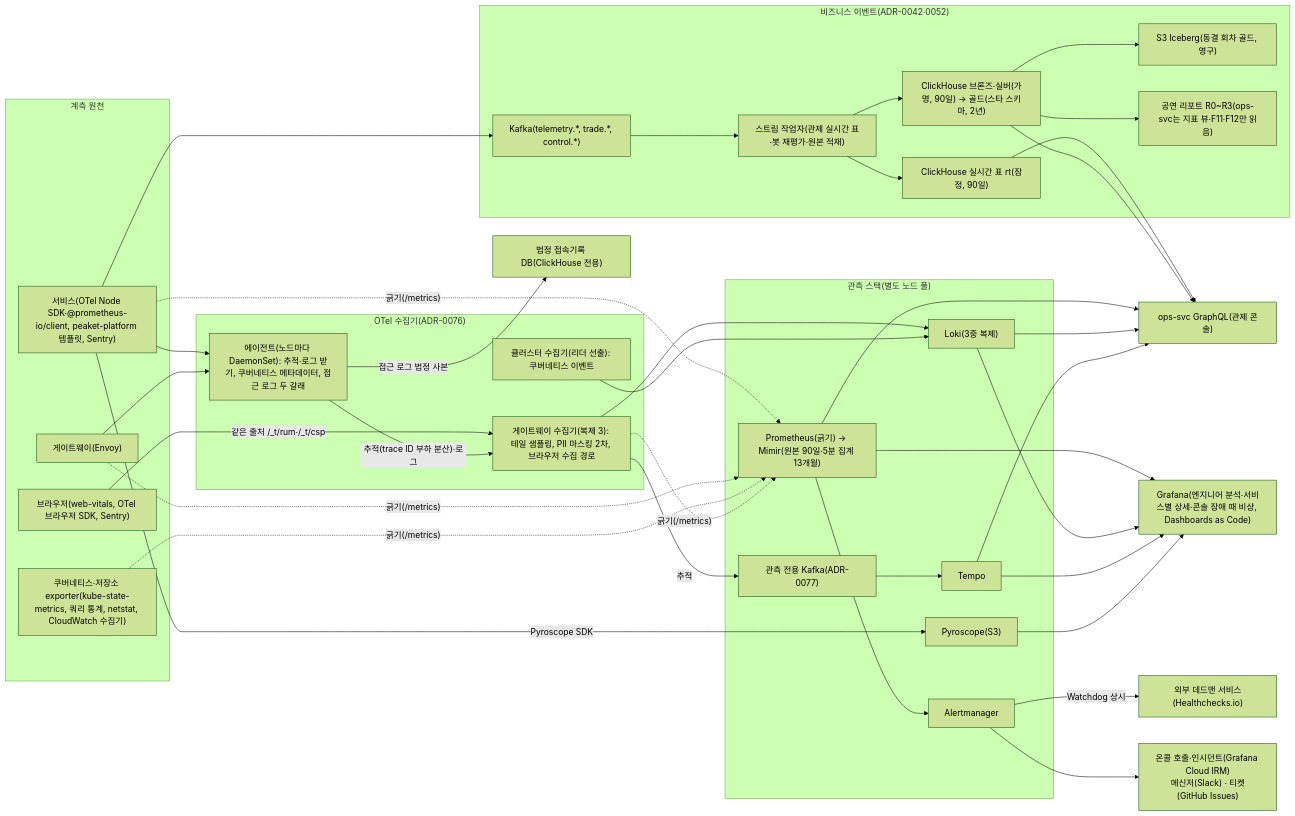
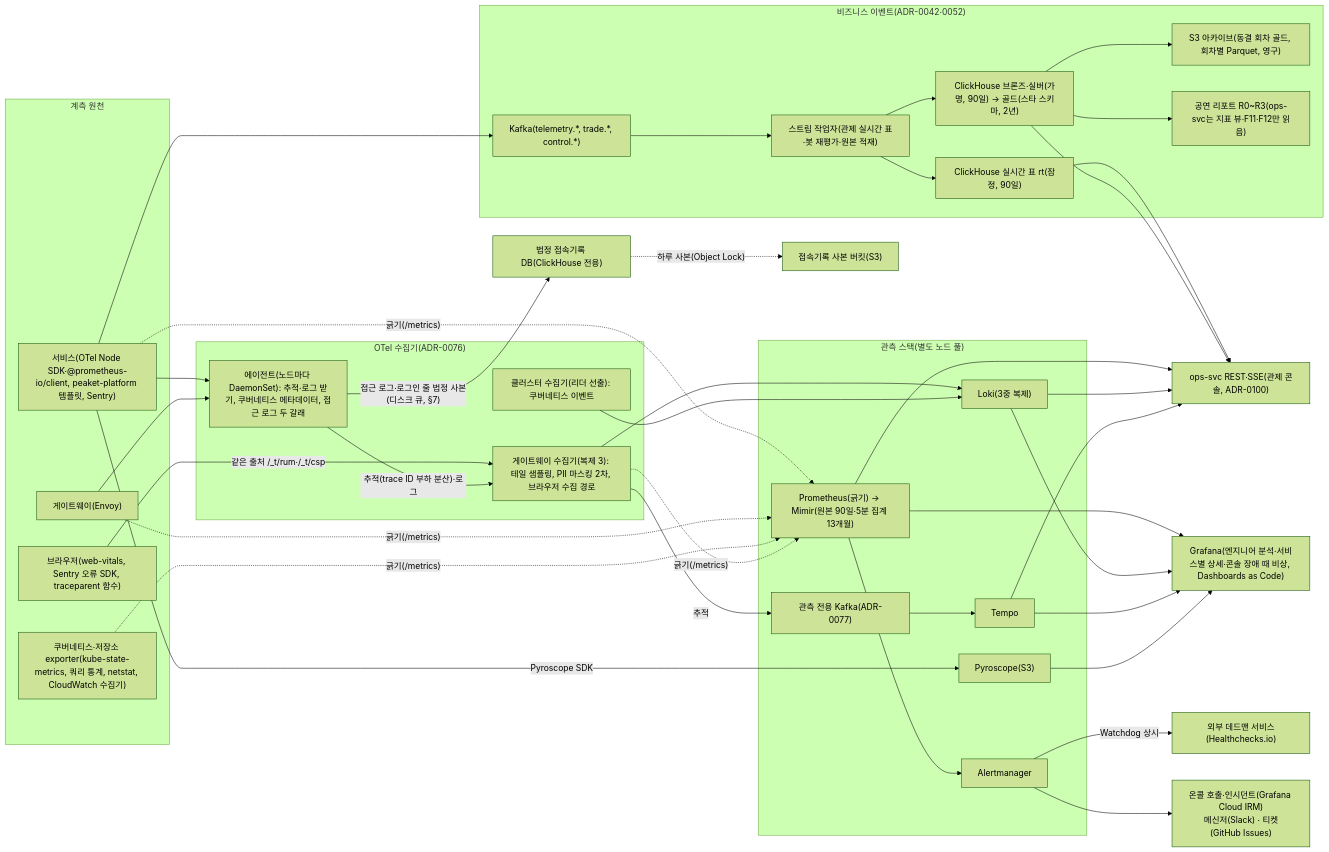
Before and after one commit to peaket/peaket: the diagram in docs/observability.md, drawn with Mermaid (forest theme). The commit also changed other lines of this file and 228 other files, not shown here.

````diff
--- a/docs/observability.md
+++ b/docs/observability.md
@@ -10,37 +10,38 @@
 ```mermaid
 flowchart LR
     subgraph SRC["계측 원천"]
-        SVC["서비스(OTel Node SDK·@prometheus-io/client, peaket-platform 템플릿, Sentry)"]; GW["게이트웨이(Envoy)"]; FE["브라우저(web-vitals, OTel 브라우저 SDK, Sentry)"]; K8S["쿠버네티스·저장소 exporter(kube-state-metrics, 쿼리 통계, netstat, CloudWatch 수집기)"]
+        SVC["서비스(OTel Node SDK·@prometheus-io/client, peaket-platform 템플릿, Sentry)"]; GW["게이트웨이(Envoy)"]; FE["브라우저(web-vitals, Sentry 오류 SDK, traceparent 함수)"]; K8S["쿠버네티스·저장소 exporter(kube-state-metrics, 쿼리 통계, netstat, CloudWatch 수집기)"]
     end
     subgraph COLL["OTel 수집기(ADR-0076)"]
         AGT["에이전트(노드마다 DaemonSet): 추적·로그 받기, 쿠버네티스 메타데이터, 접근 로그 두 갈래"]
         GWC["게이트웨이 수집기(복제 3): 테일 샘플링, PII 마스킹 2차, 브라우저 수집 경로"]
         CLU["클러스터 수집기(리더 선출): 쿠버네티스 이벤트"]
     end
     ACC["법정 접속기록 DB(ClickHouse 전용)"]
     subgraph STORE["관측 스택(별도 노드 풀)"]
         PROM["Prometheus(긁기) → Mimir(원본 90일·5분 집계 13개월)"]; LOKI["Loki(3중 복제)"]; OKAFKA["관측 전용 Kafka(ADR-0077)"]; TEMPO["Tempo"]; PYRO["Pyroscope(S3)"]; AM["Alertmanager"]
     end
     subgraph BIZ["비즈니스 이벤트(ADR-0042·0052)"]
         KAFKA["Kafka(telemetry.*, trade.*, control.*)"] --> FLINK["스트림 작업자(관제 실시간 표·봇 재평가·원본 적재)"]
         FLINK --> RT["ClickHouse 실시간 표 rt(잠정, 90일)"]
         FLINK --> CH["ClickHouse 브론즈·실버(가명, 90일) → 골드(스타 스키마, 2년)"]
-        CH --> ICE["S3 Iceberg(동결 회차 골드, 영구)"]
+        CH --> ICE["S3 아카이브(동결 회차 골드, 회차별 Parquet, 영구)"]
         CH --> REPORT["공연 리포트 R0~R3(ops-svc는 지표 뷰·F11·F12만 읽음)"]
     end
     SVC & GW --> AGT
     FE -->|"같은 출처 /_t/rum·/_t/csp"| GWC
     AGT -->|"추적(trace ID 부하 분산)·로그"| GWC
-    AGT -->|"접근 로그 법정 사본"| ACC
+    AGT -->|"접근 로그·로그인 줄 법정 사본(디스크 큐, §7)"| ACC
+    ACC -.->|"하루 사본(Object Lock)"| ACCB["접속기록 사본 버킷(S3)"]
     GWC --> LOKI
     GWC -->|"추적"| OKAFKA --> TEMPO
     CLU --> LOKI
     SVC & GW & K8S & GWC -.->|"긁기(/metrics)"| PROM
     SVC -->|"Pyroscope SDK"| PYRO
     SVC --> KAFKA
     PROM --> AM
-    PROM & LOKI & TEMPO & RT & CH --> OPS["ops-svc GraphQL(관제 콘솔)"]
+    PROM & LOKI & TEMPO & RT & CH --> OPS["ops-svc REST·SSE(관제 콘솔, ADR-0100)"]
     PROM & LOKI & TEMPO & PYRO --> GRAF["Grafana(엔지니어 분석·서비스별 상세·콘솔 장애 때 비상, Dashboards as Code)"]
     AM -->|"Watchdog 상시"| EXT["외부 데드맨 서비스(Healthchecks.io)"]
     AM --> ONCALL["온콜 호출·인시던트(Grafana Cloud IRM)\n메신저(Slack) · 티켓(GitHub Issues)"]
 ```
````
